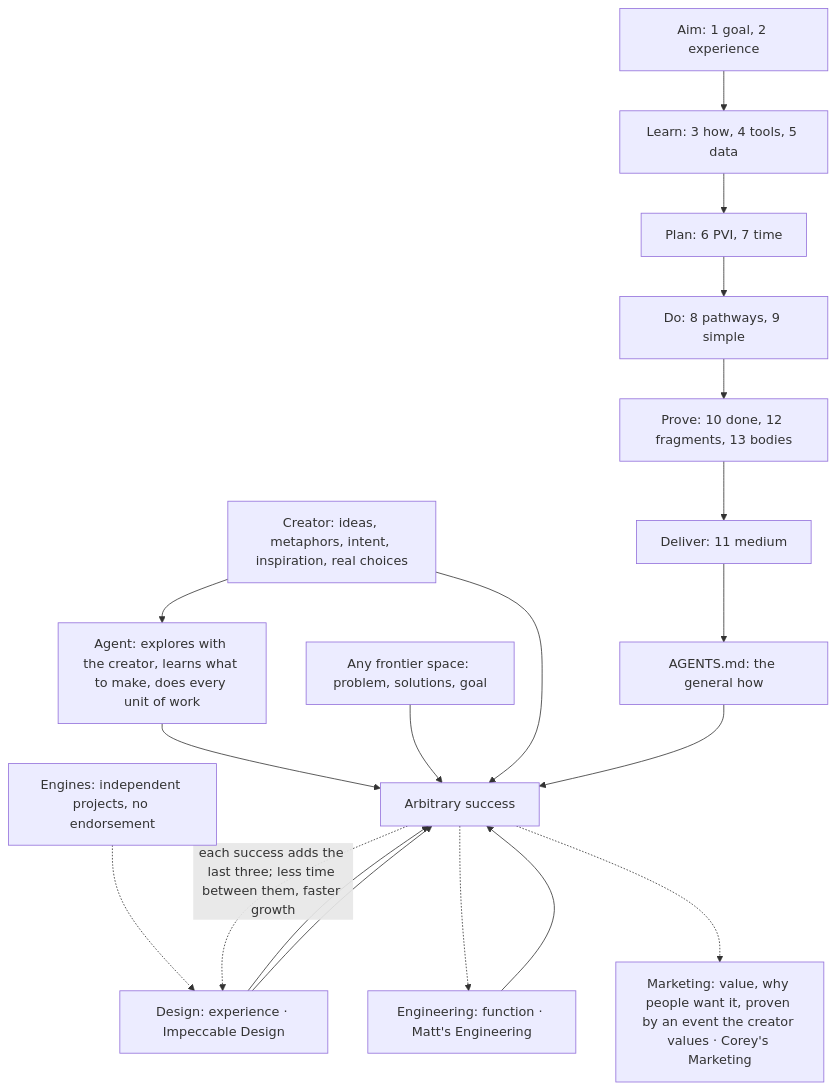
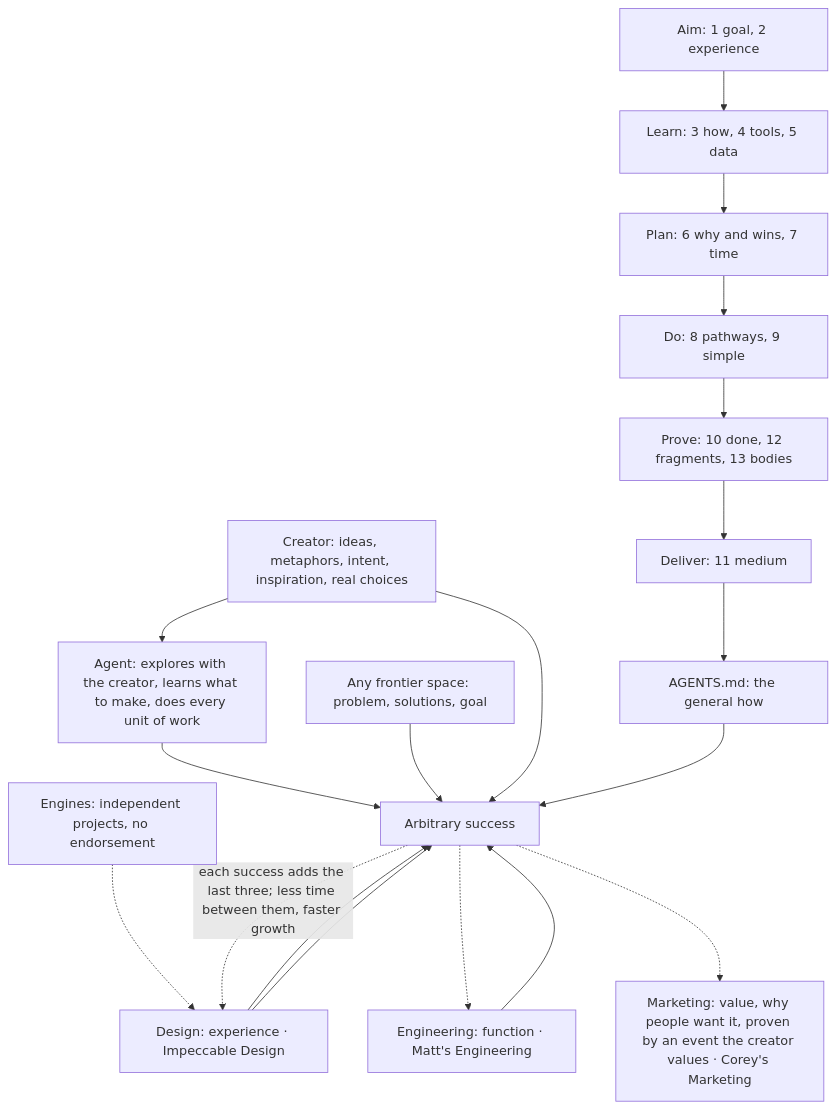
Before and after one commit to SolenixAI/arbiter: the first of 14 diagrams in AGENTS.md, drawn with Mermaid. The commit also changed other lines of this file and 1 other file, not shown here.

First line of the commit message:
docs(agents): section 6 is "Why, then measured wins", in four steps

````diff
--- a/AGENTS.md
+++ b/AGENTS.md
@@ -43,16 +44,16 @@
 ```mermaid
 flowchart TD
-  A[Aim: 1 goal, 2 experience] --> L[Learn: 3 how, 4 tools, 5 data] --> P[Plan: 6 PVI, 7 time] --> D[Do: 8 pathways, 9 simple] --> V[Prove: 10 done, 12 fragments, 13 bodies] --> O[Deliver: 11 medium] --> F[AGENTS.md: the general how]
+  A[Aim: 1 goal, 2 experience] --> L[Learn: 3 how, 4 tools, 5 data] --> P[Plan: 6 why and wins, 7 time] --> D[Do: 8 pathways, 9 simple] --> V[Prove: 10 done, 12 fragments, 13 bodies] --> O[Deliver: 11 medium] --> F[AGENTS.md: the general how]
   CR[Creator: ideas, metaphors, intent, inspiration, real choices] --> AG[Agent: explores with the creator, learns what to make, does every unit of work]
   AG --> S[Arbitrary success]
   FS["Any frontier space: problem, solutions, goal"] --> S
   CR --> S
   F --> S
   DS[Design: experience · Impeccable Design] --> S
   EG[Engineering: function · Matt's Engineering] --> S
   SL[Marketing: value, why people want it, proven by an event the creator values · Corey's Marketing]
   EN[Engines: independent projects, no endorsement] -.-> DS --> S
   S -.->|"each success adds the last three; less time between them, faster growth"| DS
   S -.-> EG
   S -.-> SL
 ```
````
